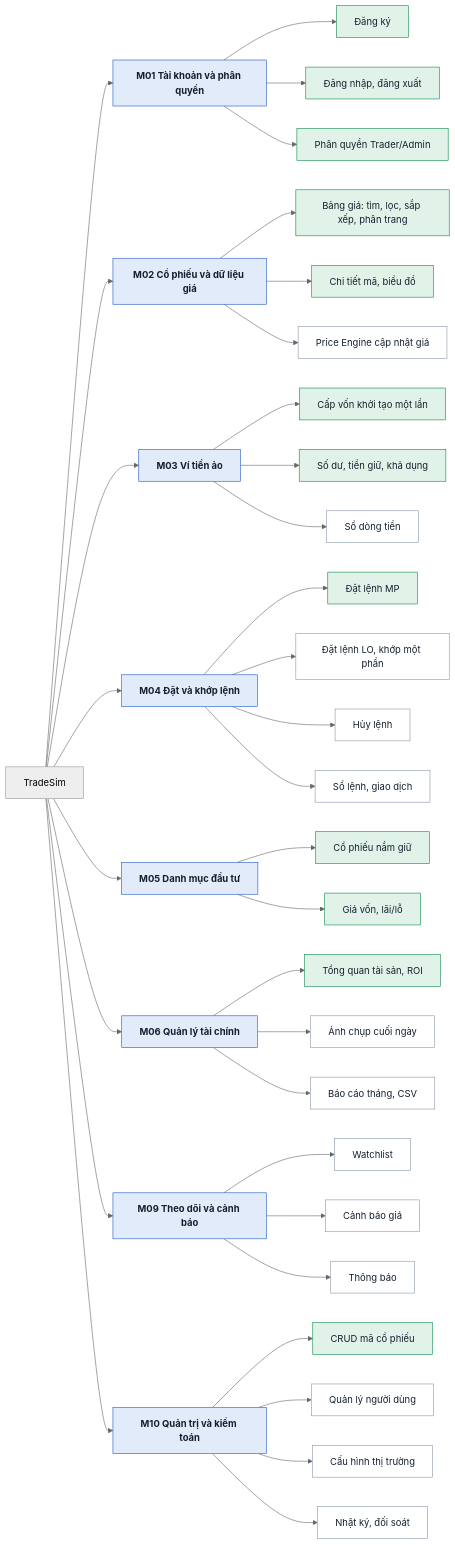
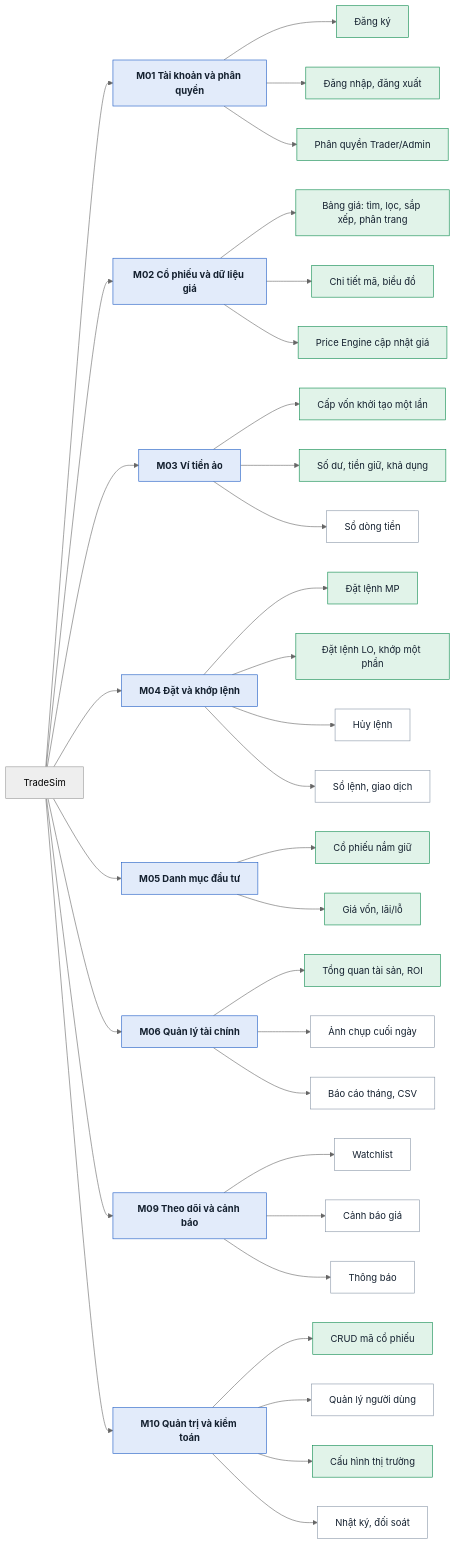
The diagram in docs/design/functions.mmd (siunhansss/tradesim), drawn with Mermaid (neutral theme) before and after one commit. The commit also changed 26 other files, not shown here.

```diff
--- a/docs/design/functions.mmd
+++ b/docs/design/functions.mmd
@@ -1,26 +1,26 @@
 flowchart LR
     R["TradeSim"]
     R --> M01["M01 Tài khoản và phân quyền"]
     R --> M02["M02 Cổ phiếu và dữ liệu giá"]
     R --> M03["M03 Ví tiền ảo"]
     R --> M04["M04 Đặt và khớp lệnh"]
     R --> M05["M05 Danh mục đầu tư"]
     R --> M06["M06 Quản lý tài chính"]
     R --> M09["M09 Theo dõi và cảnh báo"]
     R --> M10["M10 Quản trị và kiểm toán"]
 
     M01 --> F011["Đăng ký"] & F012["Đăng nhập, đăng xuất"] & F013["Phân quyền Trader/Admin"]
     M02 --> F021["Bảng giá: tìm, lọc, sắp xếp, phân trang"] & F022["Chi tiết mã, biểu đồ"] & F023["Price Engine cập nhật giá"]
     M03 --> F031["Cấp vốn khởi tạo một lần"] & F032["Số dư, tiền giữ, khả dụng"] & F033["Sổ dòng tiền"]
     M04 --> F041["Đặt lệnh MP"] & F042["Đặt lệnh LO, khớp một phần"] & F043["Hủy lệnh"] & F044["Sổ lệnh, giao dịch"]
     M05 --> F051["Cổ phiếu nắm giữ"] & F052["Giá vốn, lãi/lỗ"]
     M06 --> F061["Tổng quan tài sản, ROI"] & F062["Ảnh chụp cuối ngày"] & F063["Báo cáo tháng, CSV"]
     M09 --> F091["Watchlist"] & F092["Cảnh báo giá"] & F093["Thông báo"]
     M10 --> F101["CRUD mã cổ phiếu"] & F102["Quản lý người dùng"] & F103["Cấu hình thị trường"] & F104["Nhật ký, đối soát"]
 
     classDef done fill:#e1f3e9,stroke:#0b8a4c,color:#14202f
     classDef todo fill:#ffffff,stroke:#8a97a8,color:#14202f
     classDef mod fill:#e2ebfa,stroke:#1d5bc4,color:#14202f,font-weight:bold
     class M01,M02,M03,M04,M05,M06,M09,M10 mod
-    class F011,F012,F013,F021,F022,F031,F032,F041,F051,F052,F061,F101 done
-    class F023,F033,F042,F043,F044,F062,F063,F091,F092,F093,F102,F103,F104 todo
+    class F011,F012,F013,F021,F022,F023,F031,F032,F041,F042,F051,F052,F061,F101,F103 done
+    class F033,F043,F044,F062,F063,F091,F092,F093,F102,F104 todo
```
